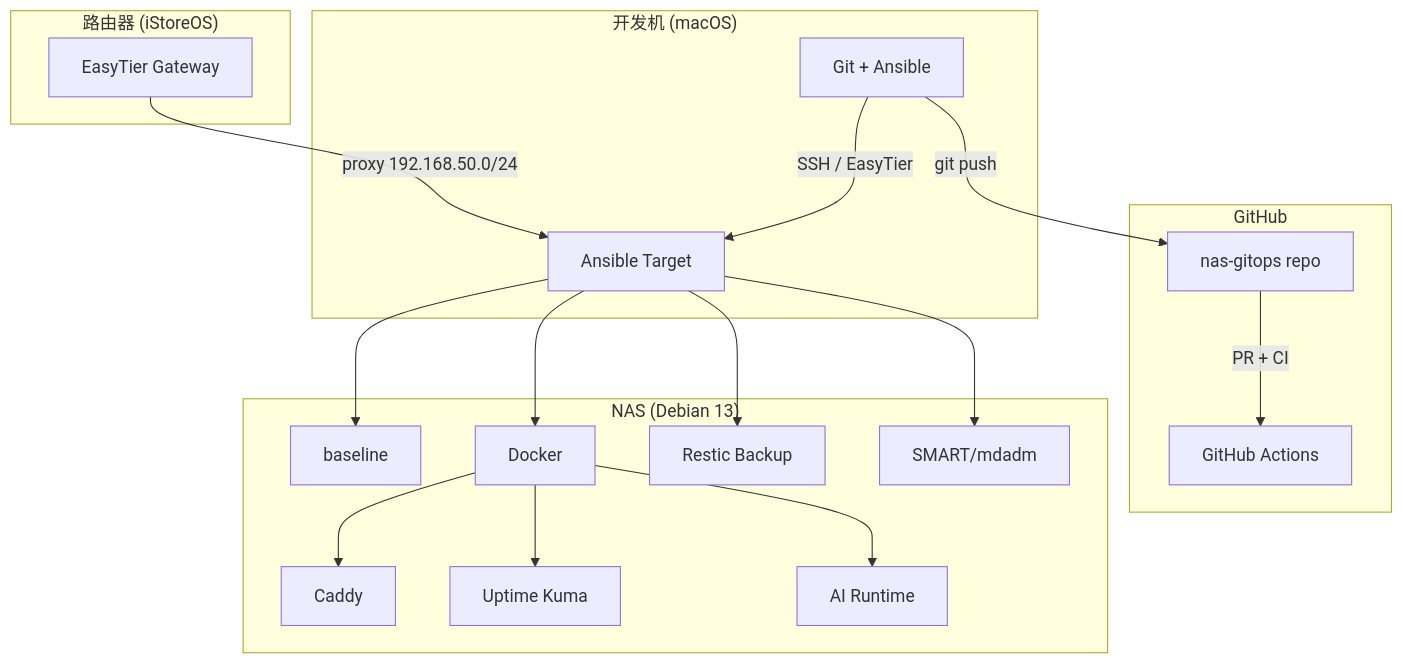
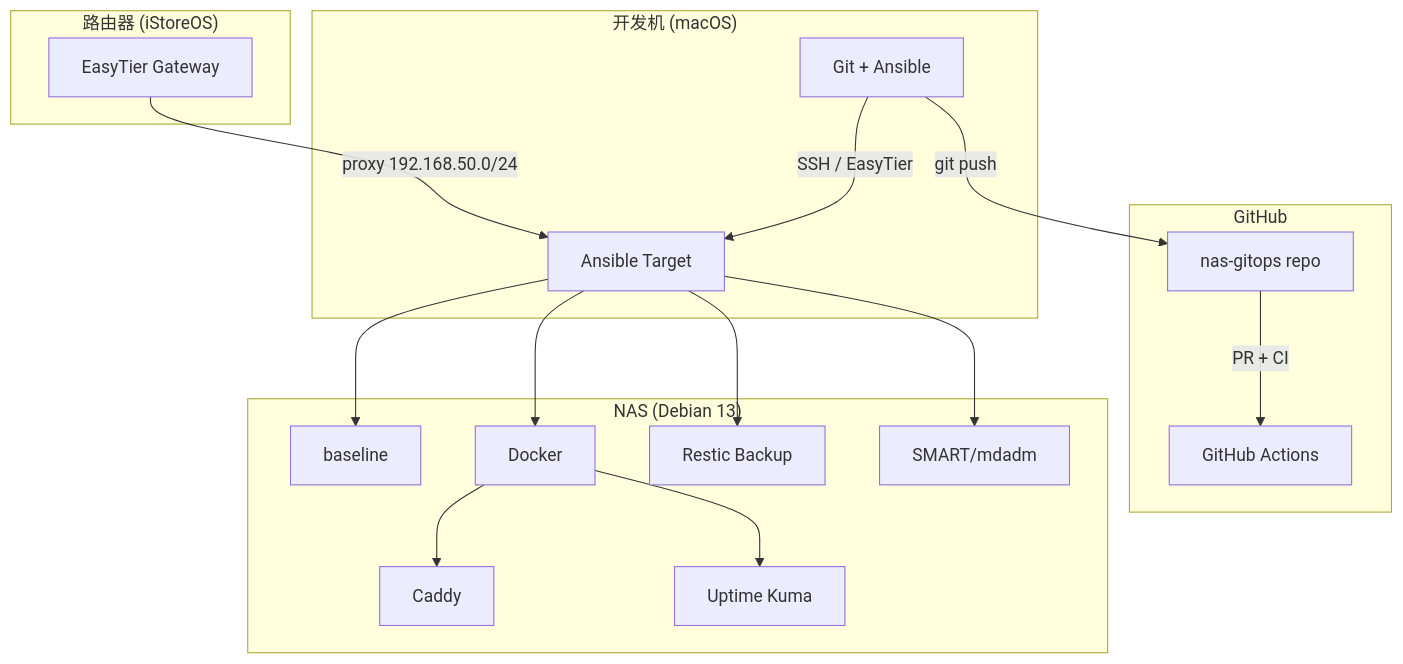
One commit to bernylinville/nas-gitops changed the diagram in docs/development-roadmap.md. Above: the diagram before and after it, drawn with Mermaid. The commit also changed other lines of this file, not shown here.

First line of the commit message:
docs: 更新 roadmap — 标记首次部署完成

````diff
--- a/docs/development-roadmap.md
+++ b/docs/development-roadmap.md
@@ -183,22 +183,21 @@
 ```mermaid
 graph TD
     subgraph "开发机 (macOS)"
         A[Git + Ansible] -->|SSH / EasyTier| B
     end
     subgraph "GitHub"
         C[nas-gitops repo] -->|PR + CI| D[GitHub Actions]
     end
     subgraph "NAS (Debian 13)"
         B[Ansible Target] --> E[baseline]
         B --> F[Docker]
         F --> G[Caddy]
         F --> H[Uptime Kuma]
-        F --> I[AI Runtime]
         B --> K[Restic Backup]
         B --> L[SMART/mdadm]
     end
     A -->|git push| C
     subgraph "路由器 (iStoreOS)"
         M[EasyTier Gateway] -->|proxy 192.168.50.0/24| B
     end
 ```
````
